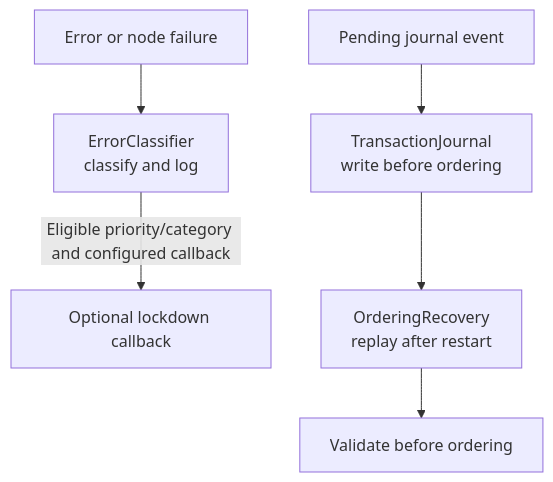
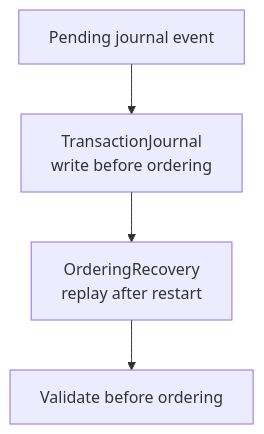
One commit to VanDung-dev/HieraChain changed the diagram in docs/en/workflows/error-recovery.md. Above: the diagram before and after it, drawn with Mermaid. The commit also changed other lines of this file and 87 other files, not shown here.

````diff
--- a/docs/en/workflows/error-recovery.md
+++ b/docs/en/workflows/error-recovery.md
@@ -16,8 +16,6 @@
 ```mermaid
 flowchart TD
-    ERR["Error or node failure"] --> CLASS["ErrorClassifier\nclassify and log"]
-    CLASS -->|Eligible priority/category and configured callback| LOCK["Optional lockdown callback"]
     EVENT["Pending journal event"] --> JOURNAL["TransactionJournal\nwrite before ordering"]
     JOURNAL --> RECOVERY["OrderingRecovery\nreplay after restart"]
     RECOVERY --> VALIDATE["Validate before ordering"]
 ```
````
